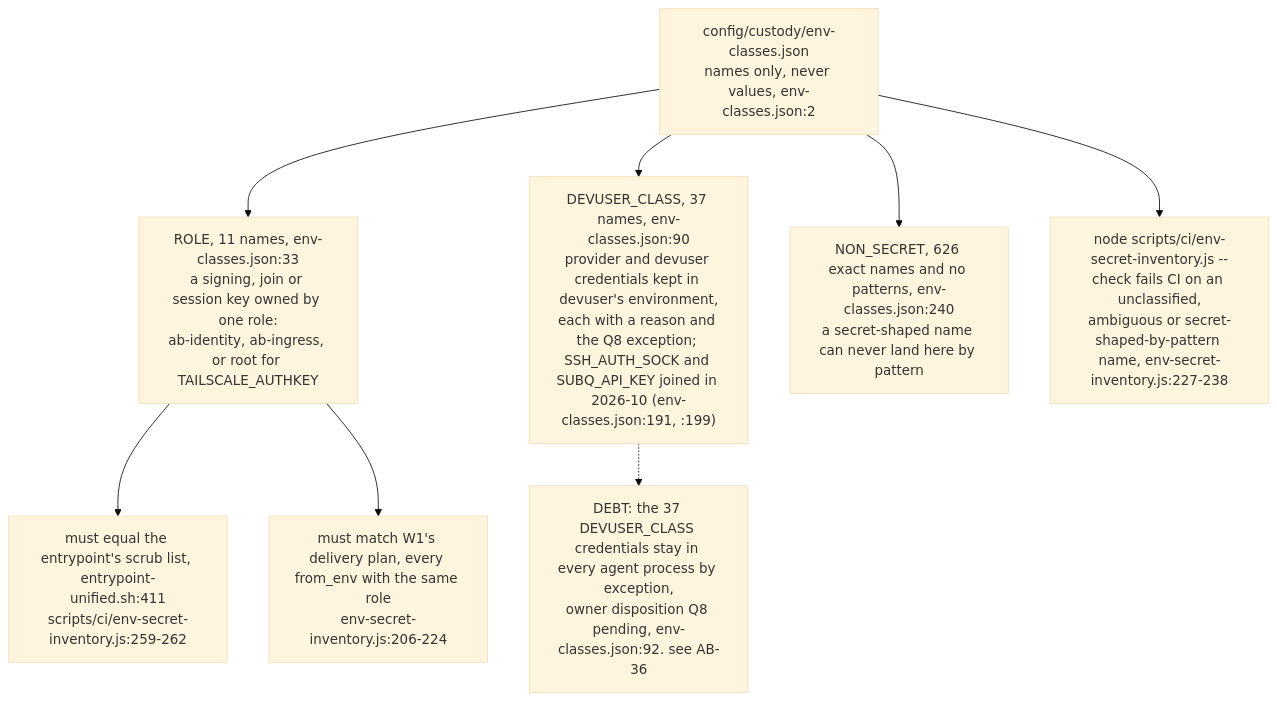
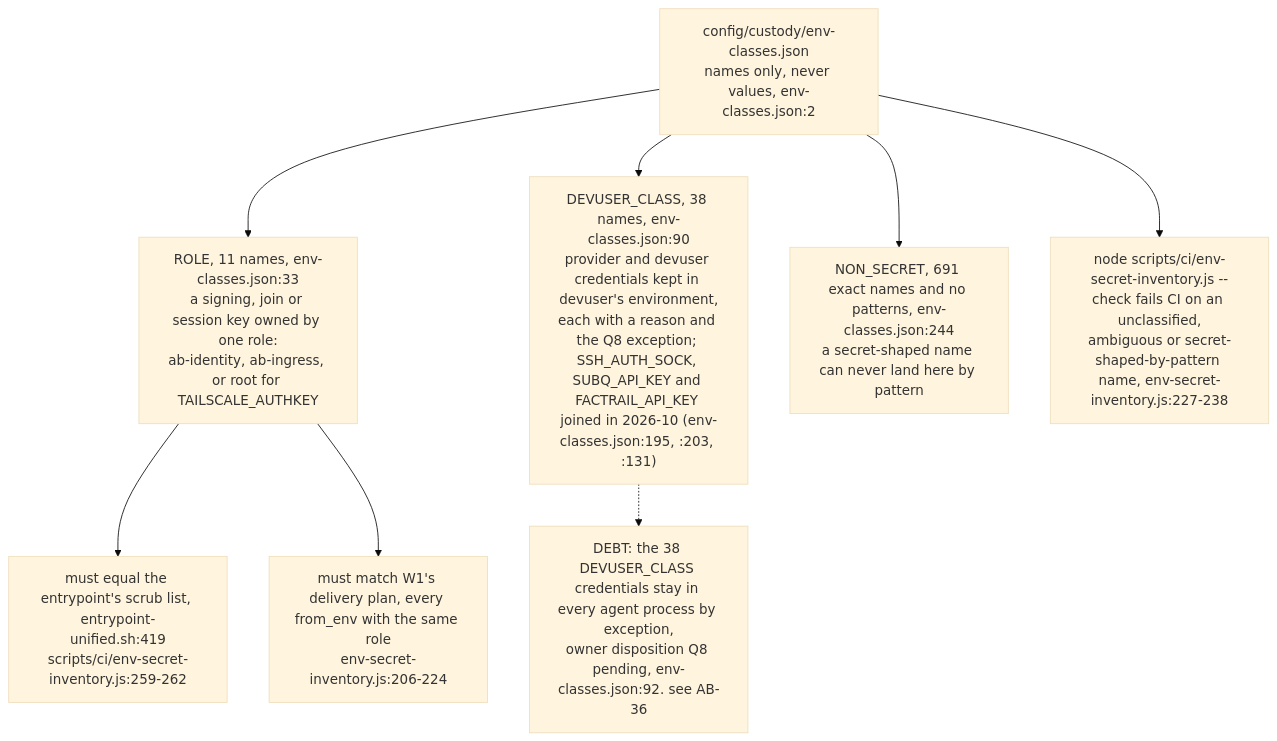
One commit to DreamLab-AI/VisionFlow changed diagram 14 of 14 in docs/diagrams/agentbox/16-secrets-custody-seccomp-profiles.md. Above: the diagram before and after it, drawn with Mermaid (base theme). The commit also changed other lines of this file and 160 other files, not shown here.

````diff
--- a/docs/diagrams/agentbox/16-secrets-custody-seccomp-profiles.md
+++ b/docs/diagrams/agentbox/16-secrets-custody-seccomp-profiles.md
@@ -506,11 +509,11 @@
 ```mermaid
 flowchart TB
     T["config/custody/env-classes.json<br/>names only, never values, env-classes.json:2"]
     T --> ROLE["ROLE, 11 names, env-classes.json:33<br/>a signing, join or session key owned by one role:<br/>ab-identity, ab-ingress, or root for TAILSCALE_AUTHKEY"]
-    T --> DEV["DEVUSER_CLASS, 37 names, env-classes.json:90<br/>provider and devuser credentials kept in devuser's environment,<br/>each with a reason and the Q8 exception; SSH_AUTH_SOCK and SUBQ_API_KEY joined in 2026-10 (env-classes.json:191, :199)"]
-    T --> NS["NON_SECRET, 626 exact names and no patterns, env-classes.json:240<br/>a secret-shaped name can never land here by pattern"]
-    ROLE --> EP["must equal the entrypoint's scrub list, entrypoint-unified.sh:411<br/>scripts/ci/env-secret-inventory.js:259-262"]
+    T --> DEV["DEVUSER_CLASS, 38 names, env-classes.json:90<br/>provider and devuser credentials kept in devuser's environment,<br/>each with a reason and the Q8 exception; SSH_AUTH_SOCK, SUBQ_API_KEY and FACTRAIL_API_KEY joined in 2026-10 (env-classes.json:195, :203, :131)"]
+    T --> NS["NON_SECRET, 691 exact names and no patterns, env-classes.json:244<br/>a secret-shaped name can never land here by pattern"]
+    ROLE --> EP["must equal the entrypoint's scrub list, entrypoint-unified.sh:419<br/>scripts/ci/env-secret-inventory.js:259-262"]
     ROLE --> W1["must match W1's delivery plan, every from_env with the same role<br/>env-secret-inventory.js:206-224"]
     T --> CHK["node scripts/ci/env-secret-inventory.js --check fails CI on an unclassified,<br/>ambiguous or secret-shaped-by-pattern name, env-secret-inventory.js:227-238"]
-    DEV -.-> DEBT["DEBT: the 37 DEVUSER_CLASS credentials stay in every agent process by exception,<br/>owner disposition Q8 pending, env-classes.json:92. see AB-36"]
+    DEV -.-> DEBT["DEBT: the 38 DEVUSER_CLASS credentials stay in every agent process by exception,<br/>owner disposition Q8 pending, env-classes.json:92. see AB-36"]
 ```
````
